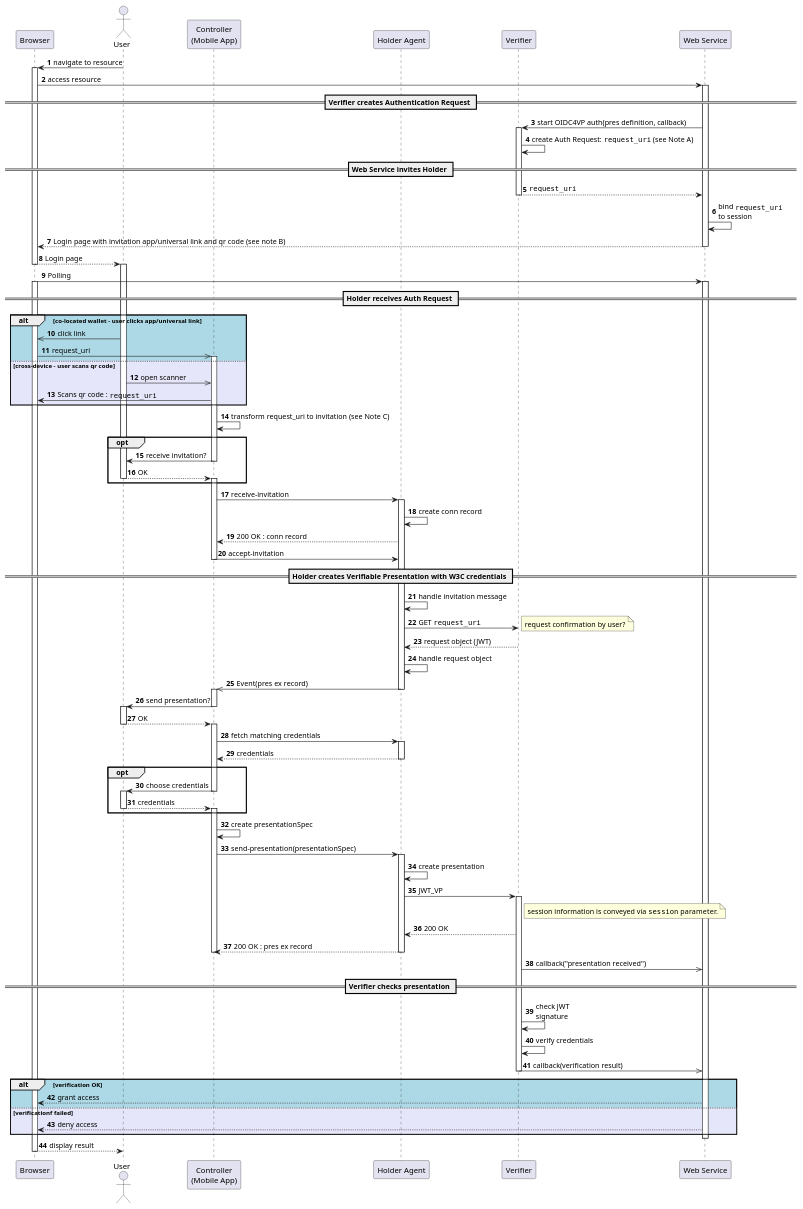
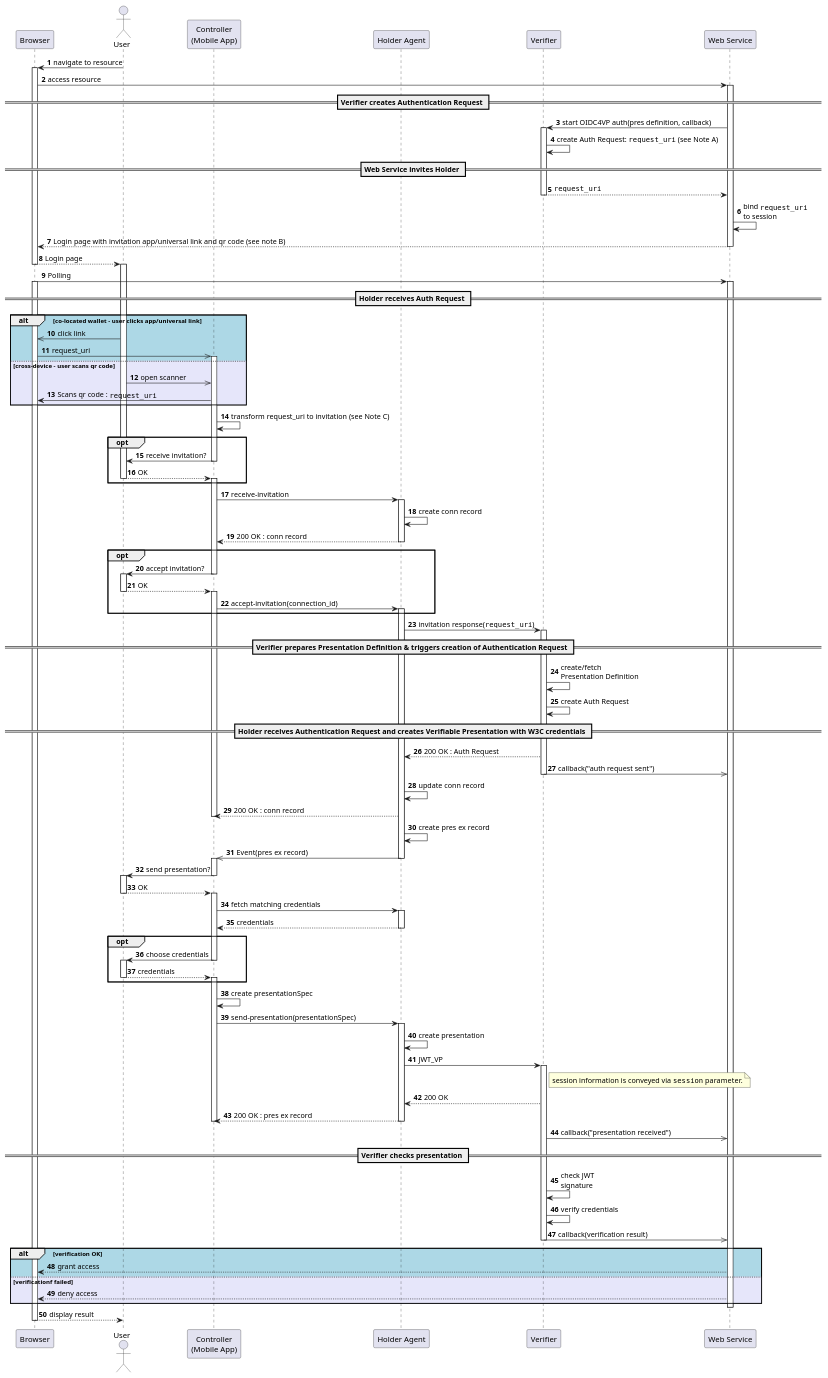
One commit to gematik/poc-fue-presentationExchangeOverHttp changed the diagram in flow_with_OIDC4VP_and_request_uri.adoc. Above: the diagram before and after it, drawn with PlantUML.

Commit message:
replaced oob related flow by original px-over-http flow

```diff
--- a/flow_with_OIDC4VP_and_request_uri.adoc
+++ b/flow_with_OIDC4VP_and_request_uri.adoc
@@ -64,16 +64,36 @@
 activate HolderAgent
 HolderAgent -> HolderAgent : create conn record
 Controller <-- HolderAgent : 200 OK : conn record
-Controller -> HolderAgent : accept-invitation
+deactivate HolderAgent
+opt
+    User      <-  Controller  : accept invitation?
 
-== Holder creates Verifiable Presentation with W3C credentials ==
+    deactivate Controller
+    activate User
+    User      --> Controller  : OK
+    deactivate User
+    activate Controller
+    Controller -> HolderAgent : accept-invitation(connection_id)
+    activate HolderAgent
+end
 
+HolderAgent -> Verifier : invitation response(""request_uri"")
+activate Verifier
+
+== Verifier prepares Presentation Definition & triggers creation of Authentication Request ==
+
+Verifier -> Verifier : create/fetch\nPresentation Definition
+Verifier -> Verifier : create Auth Request
+
+== Holder receives Authentication Request and creates Verifiable Presentation with W3C credentials ==
+
+HolderAgent <-- Verifier    : 200 OK : Auth Request
+Verifier    ->> Webservice  : callback("auth request sent")
+deactivate Verifier
+HolderAgent  -> HolderAgent : update conn record
+Controller  <-- HolderAgent : 200 OK : conn record
 deactivate Controller
-HolderAgent  -> HolderAgent : handle invitation message
-HolderAgent  -> Verifier    : GET ""request_uri""
-note right                  : request confirmation by user?
-HolderAgent <-- Verifier    : request object (JWT)
-HolderAgent  -> HolderAgent : handle request object
+HolderAgent ->  HolderAgent : create pres ex record
 HolderAgent ->> Controller  : Event(pres ex record)
 deactivate HolderAgent
 activate Controller
```
